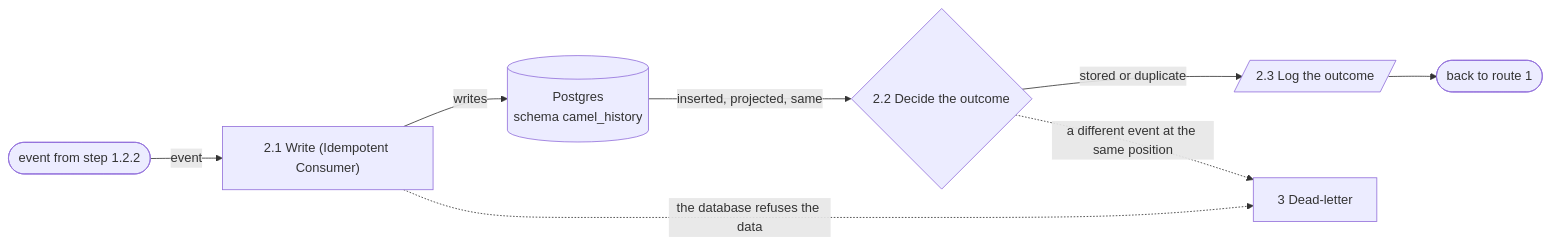
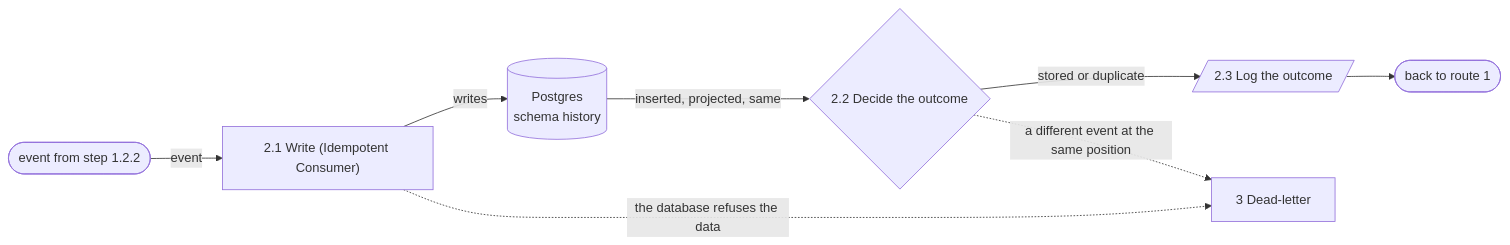
Before and after one commit to m-almeida-p/ms-ml-conv-history-consumer: the fourth of 5 diagrams in docs/design.md, drawn with Mermaid. The commit also changed other lines of this file and 9 other files, not shown here.

First line of the commit message:
Point the consumer at the schema history and the topic yape.event_store.conversation_events

````diff
--- a/docs/design.md
+++ b/docs/design.md
@@ -124,18 +124,18 @@
 ```mermaid
 flowchart LR
     in(["event from step 1.2.2"])
     s21["2.1 Write (Idempotent Consumer)"]
-    pg[("Postgres<br/>schema camel_history")]
+    pg[("Postgres<br/>schema history")]
     s22{"2.2 Decide the outcome"}
     s23[/"2.3 Log the outcome"/]
     out(["back to route 1"])
     r3["3 Dead-letter"]
 
     in -- "event" --> s21
     s21 -- "writes" --> pg
     pg -- "inserted, projected, same" --> s22
     s22 -- "stored or duplicate" --> s23
     s23 --> out
     s22 -. "a different event at the same position" .-> r3
     s21 -. "the database refuses the data" .-> r3
 ```
````
